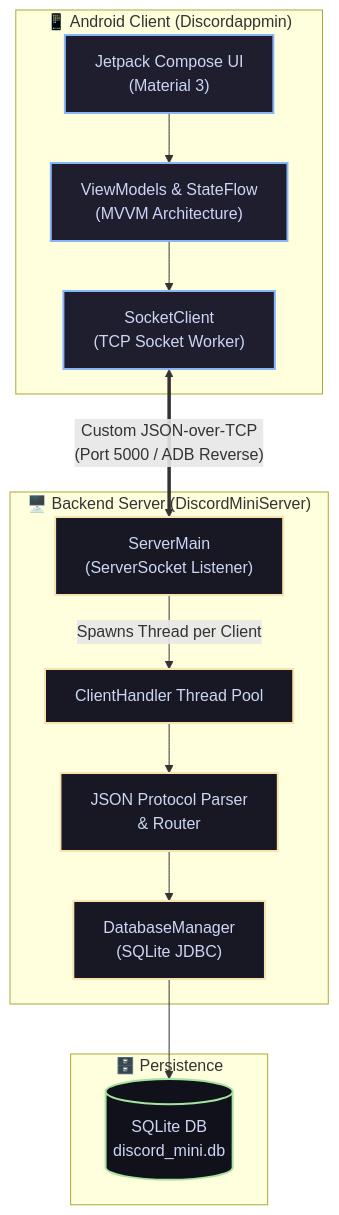
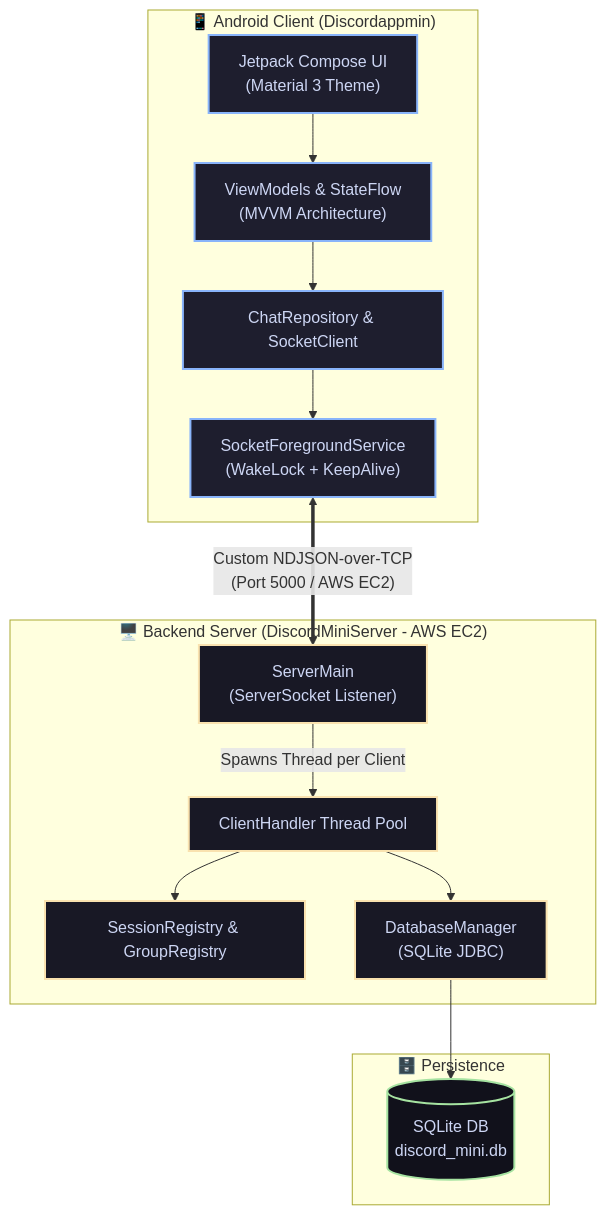
Before and after one commit to GPramodh07/Discord-Mini-App: the diagram in README.md, drawn with Mermaid. The commit also changed other lines of this file, not shown here.

````diff
--- a/README.md
+++ b/README.md
@@ -48,26 +66,27 @@
 ```mermaid
 graph TD
     subgraph Client["📱 Android Client (Discordappmin)"]
-        UI["Jetpack Compose UI<br/>(Material 3)"] --> ViewModels["ViewModels & StateFlow<br/>(MVVM Architecture)"]
-        ViewModels --> SocketClient["SocketClient<br/>(TCP Socket Worker)"]
+        UI["Jetpack Compose UI<br/>(Material 3 Theme)"] --> ViewModels["ViewModels & StateFlow<br/>(MVVM Architecture)"]
+        ViewModels --> Repository["ChatRepository & SocketClient"]
+        Repository --> Service["SocketForegroundService<br/>(WakeLock + KeepAlive)"]
     end
 
-    SocketClient <== "Custom JSON-over-TCP<br/>(Port 5000 / ADB Reverse)" ==> ServerMain
+    Service <== "Custom NDJSON-over-TCP<br/>(Port 5000 / AWS EC2)" ==> ServerMain
 
-    subgraph Server["🖥️ Backend Server (DiscordMiniServer)"]
+    subgraph Server["🖥️ Backend Server (DiscordMiniServer - AWS EC2)"]
         ServerMain["ServerMain<br/>(ServerSocket Listener)"] -->|Spawns Thread per Client| Handlers["ClientHandler Thread Pool"]
-        Handlers --> Protocol["JSON Protocol Parser<br/>& Router"]
-        Protocol --> DB["DatabaseManager<br/>(SQLite JDBC)"]
+        Handlers --> Registry["SessionRegistry & GroupRegistry"]
+        Handlers --> DB["DatabaseManager<br/>(SQLite JDBC)"]
     end
 
     subgraph Storage["🗄️ Persistence"]
         DB --> SQLite[("SQLite DB<br/>discord_mini.db")]
     end
 
     classDef client fill:#1e1e2e,stroke:#89b4fa,stroke-width:2px,color:#cdd6f4;
     classDef server fill:#181825,stroke:#f9e2af,stroke-width:2px,color:#cdd6f4;
     classDef storage fill:#11111b,stroke:#a6e3a1,stroke-width:2px,color:#cdd6f4;
-    class UI,ViewModels,SocketClient client;
-    class ServerMain,Handlers,Protocol,DB server;
+    class UI,ViewModels,Repository,Service client;
+    class ServerMain,Handlers,Registry,DB server;
     class SQLite storage;
 ```
````
